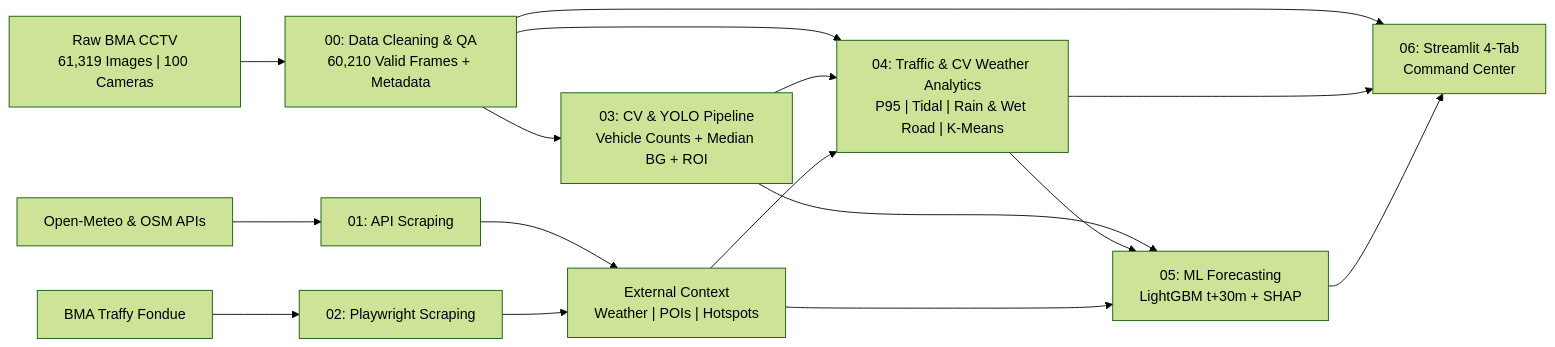
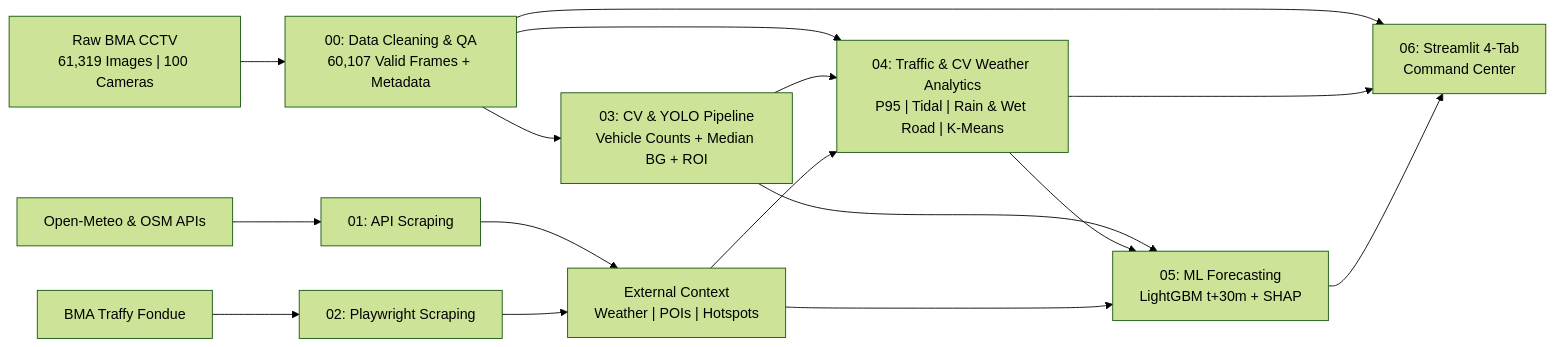
Before and after one commit to nontaphatfirm/BKK-Pulse: the diagram in README.md, drawn with Mermaid (forest theme). The commit also changed other lines of this file and 16 other files, not shown here.

````diff
--- a/README.md
+++ b/README.md
@@ -29,18 +29,18 @@
 ```mermaid
 flowchart LR
-    RAW["Raw BMA CCTV<br/>61,319 Images | 100 Cameras"] --> T00["00: Data Cleaning & QA<br/>60,210 Valid Frames + Metadata"]
+    RAW["Raw BMA CCTV<br/>61,319 Images | 100 Cameras"] --> T00["00: Data Cleaning & QA<br/>60,107 Valid Frames + Metadata"]
     T00 --> T03["03: CV & YOLO Pipeline<br/>Vehicle Counts + Median BG + ROI"]
     API["Open-Meteo & OSM APIs"] --> T01["01: API Scraping"]
     WEB["BMA Traffy Fondue"] --> T02["02: Playwright Scraping"]
     T01 --> EXT["External Context<br/>Weather | POIs | Hotspots"]
     T02 --> EXT
     T00 --> T04["04: Traffic & CV Weather Analytics<br/>P95 | Tidal | Rain & Wet Road | K-Means"]
     T03 --> T04
     T03 --> T05["05: ML Forecasting<br/>LightGBM t+30m + SHAP"]
     T04 --> T05
     EXT --> T04
     EXT --> T05
     T00 --> T06["06: Streamlit 4-Tab<br/>Command Center"]
     T04 --> T06
     T05 --> T06
 ```
````
